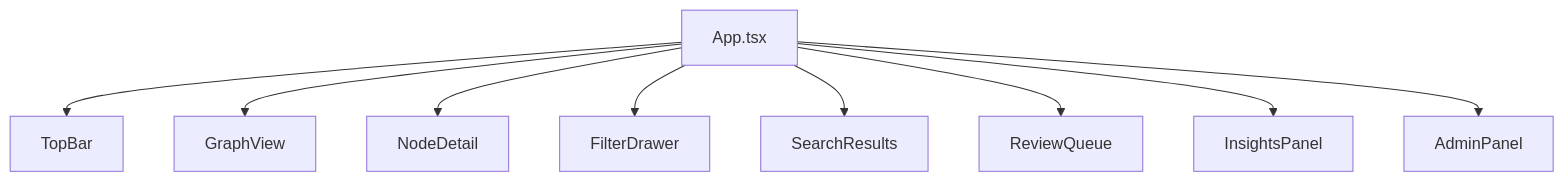
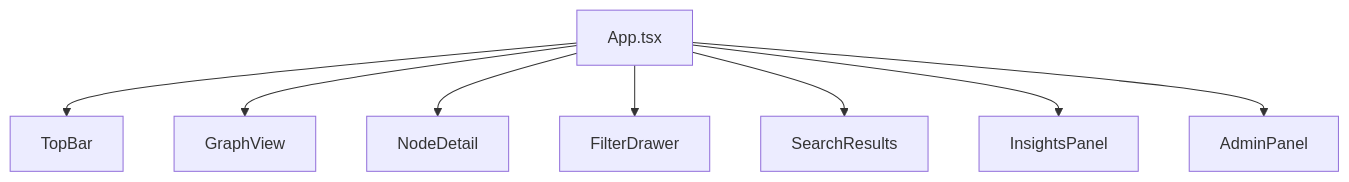
The diagram in docs/14 - Web UI.md (AndreLFSMartins/ormah), drawn with Mermaid before and after one commit. The commit also changed other lines of this file and 11 other files, not shown here.

Commit message:
feat(ui): customize graph appearance

````diff
--- a/docs/14 - Web UI.md
+++ b/docs/14 - Web UI.md
@@ -17,11 +17,10 @@
 ```mermaid
 flowchart TB
     APP[App.tsx] --> TOP[TopBar]
     APP --> GRAPH[GraphView]
     APP --> DETAIL[NodeDetail]
     APP --> FILTER[FilterDrawer]
     APP --> SEARCH[SearchResults]
-    APP --> REVIEW[ReviewQueue]
     APP --> INSIGHTS[InsightsPanel]
     APP --> ADMIN[AdminPanel]
 ```
````
